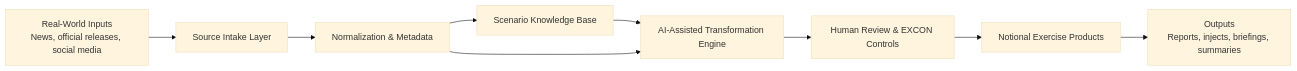
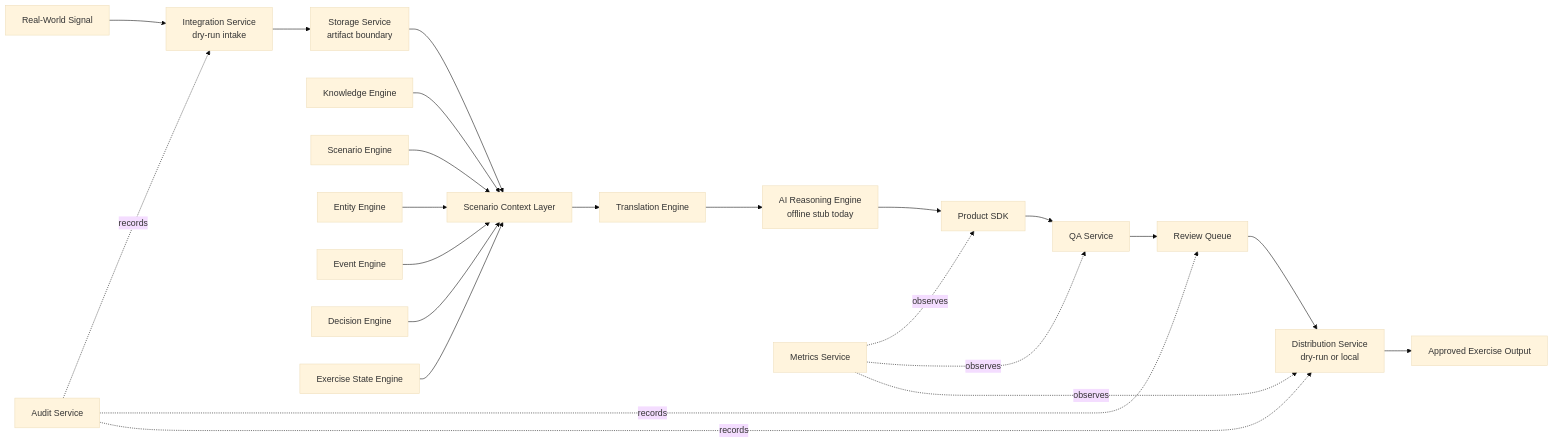
Before and after one commit to alexr080413-beep/project-forge: the first of 2 diagrams in README.md, drawn with Mermaid (base theme). The commit also changed other lines of this file and 1 other file, not shown here.

````diff
--- a/README.md
+++ b/README.md
@@ -40,11 +51,27 @@
 ```mermaid
 flowchart LR
-    A["Real-World Inputs<br/>News, official releases, social media"] --> B["Source Intake Layer"]
-    B --> C["Normalization & Metadata"]
-    C --> D["Scenario Knowledge Base"]
-    D --> E["AI-Assisted Transformation Engine"]
-    C --> E
-    E --> F["Human Review & EXCON Controls"]
-    F --> G["Notional Exercise Products"]
-    G --> H["Outputs<br/>Reports, injects, briefings, summaries"]
+    A["Real-World Signal"] --> B["Integration Service<br/>dry-run intake"]
+    B --> C["Storage Service<br/>artifact boundary"]
+    C --> D["Scenario Context Layer"]
+    D --> E["Translation Engine"]
+    E --> F["AI Reasoning Engine<br/>offline stub today"]
+    F --> G["Product SDK"]
+    G --> H["QA Service"]
+    H --> I["Review Queue"]
+    I --> J["Distribution Service<br/>dry-run or local"]
+    J --> K["Approved Exercise Output"]
+
+    L["Knowledge Engine"] --> D
+    M["Scenario Engine"] --> D
+    N["Entity Engine"] --> D
+    O["Event Engine"] --> D
+    P["Decision Engine"] --> D
+    Q["Exercise State Engine"] --> D
+
+    R["Audit Service"] -. "records" .-> B
+    R -. "records" .-> I
+    R -. "records" .-> J
+    S["Metrics Service"] -. "observes" .-> G
+    S -. "observes" .-> H
+    S -. "observes" .-> J
 ```
````
